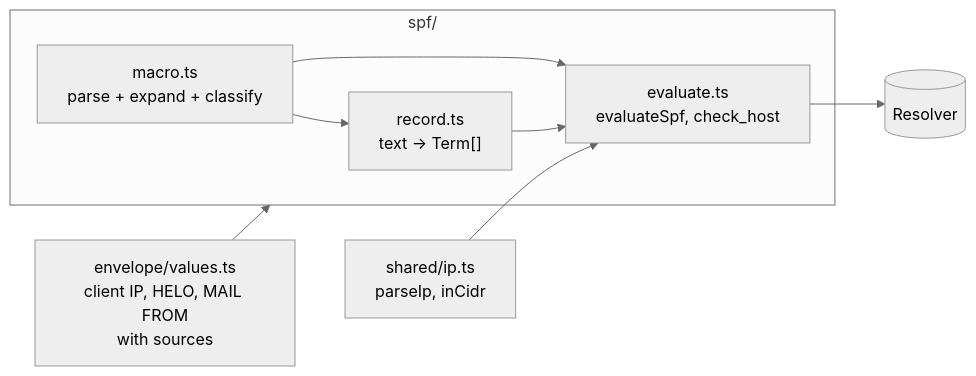
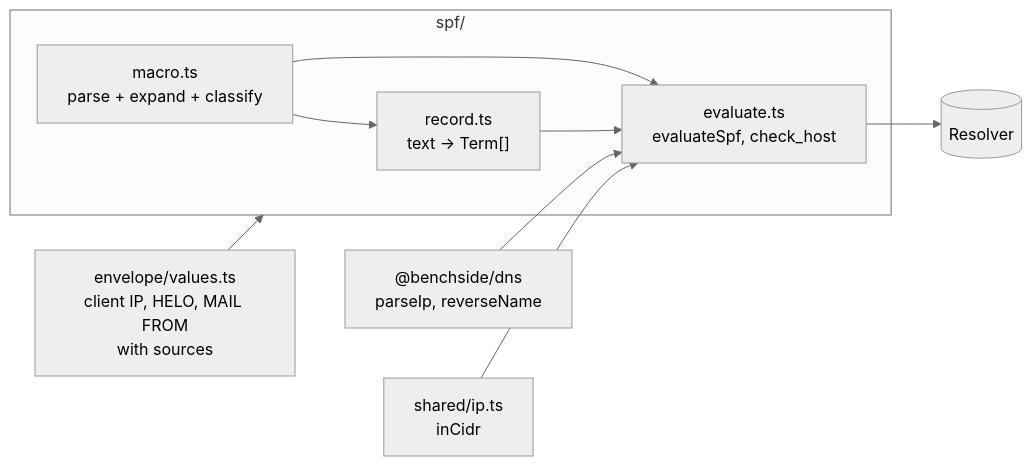
One commit to photom/benchside changed the first of 3 diagrams in docs/explanation/mail-design/spf.md. Above: the diagram before and after it, drawn with Mermaid (neutral theme). The commit also changed 55 other files, not shown here.

First line of the commit message:
Move the DNS resolver into @benchside/dns (#17)

````diff
--- a/docs/explanation/mail-design/spf.md
+++ b/docs/explanation/mail-design/spf.md
@@ -7,10 +7,11 @@
 ```mermaid
 flowchart LR
   env["envelope/values.ts<br/>client IP, HELO, MAIL FROM<br/>with sources"] --> spf
   subgraph spf ["spf/"]
     rec["record.ts<br/>text → Term[]"] --> ev["evaluate.ts<br/>evaluateSpf, check_host"]
     mac["macro.ts<br/>parse + expand + classify"] --> rec & ev
   end
-  ip["shared/ip.ts<br/>parseIp, inCidr"] --> ev
+  ip["@benchside/dns<br/>parseIp, reverseName"] --> ev
+  cidr["shared/ip.ts<br/>inCidr"] --> ev
   ev --> dns[(Resolver)]
 ```
````
